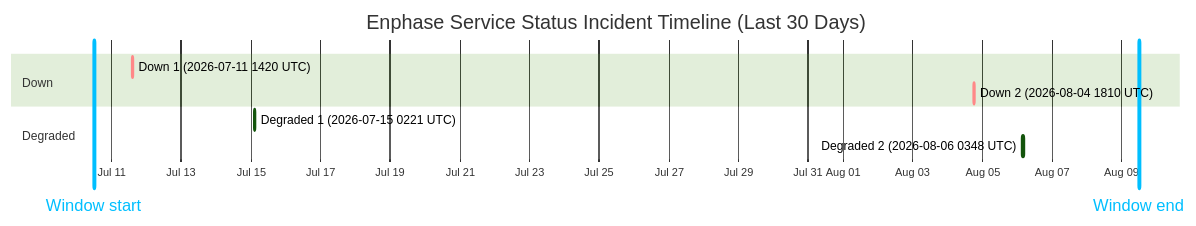
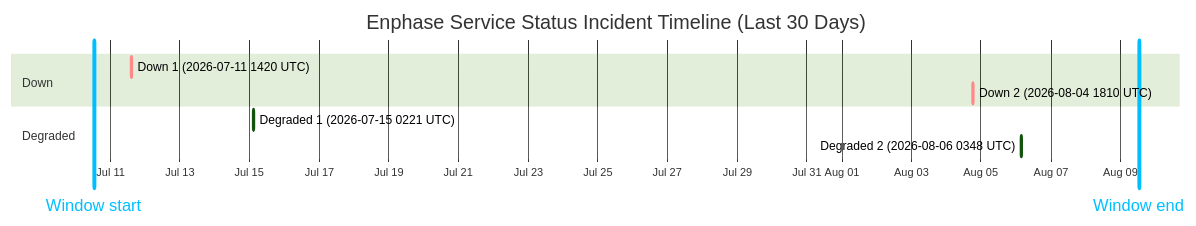
Before and after one commit to barneyonline/ha-enphase-energy: the diagram in wiki/Service-Status-History.md, drawn with Mermaid (forest theme). The commit also changed other lines of this file and 3 other files, not shown here.

````diff
--- a/wiki/Service-Status-History.md
+++ b/wiki/Service-Status-History.md
@@ -14,14 +14,14 @@
 ```mermaid
 gantt
     title Enphase Service Status Incident Timeline (Last 30 Days)
     dateFormat  YYYY-MM-DDTHH:mm:ss
     axisFormat  %b %d
-    Window start :vert, window-start, 2026-07-10T11:55:46, 0ms
-    Window end :vert, window-end, 2026-08-09T11:55:46, 0ms
+    Window start :vert, window-start, 2026-07-10T12:49:49, 0ms
+    Window end :vert, window-end, 2026-08-09T12:49:49, 0ms
     section Down
     Down 1 (2026-07-11 1420 UTC) :crit, down-1, 2026-07-11T14:20:54, 69m
     Down 2 (2026-08-04 1810 UTC) :crit, down-2, 2026-08-04T18:10:46, 60m
     section Degraded
     Degraded 1 (2026-07-15 0221 UTC) :active, degraded-1, 2026-07-15T02:21:35, 60m
     Degraded 2 (2026-08-06 0348 UTC) :active, degraded-2, 2026-08-06T03:48:14, 60m
 ```
````
